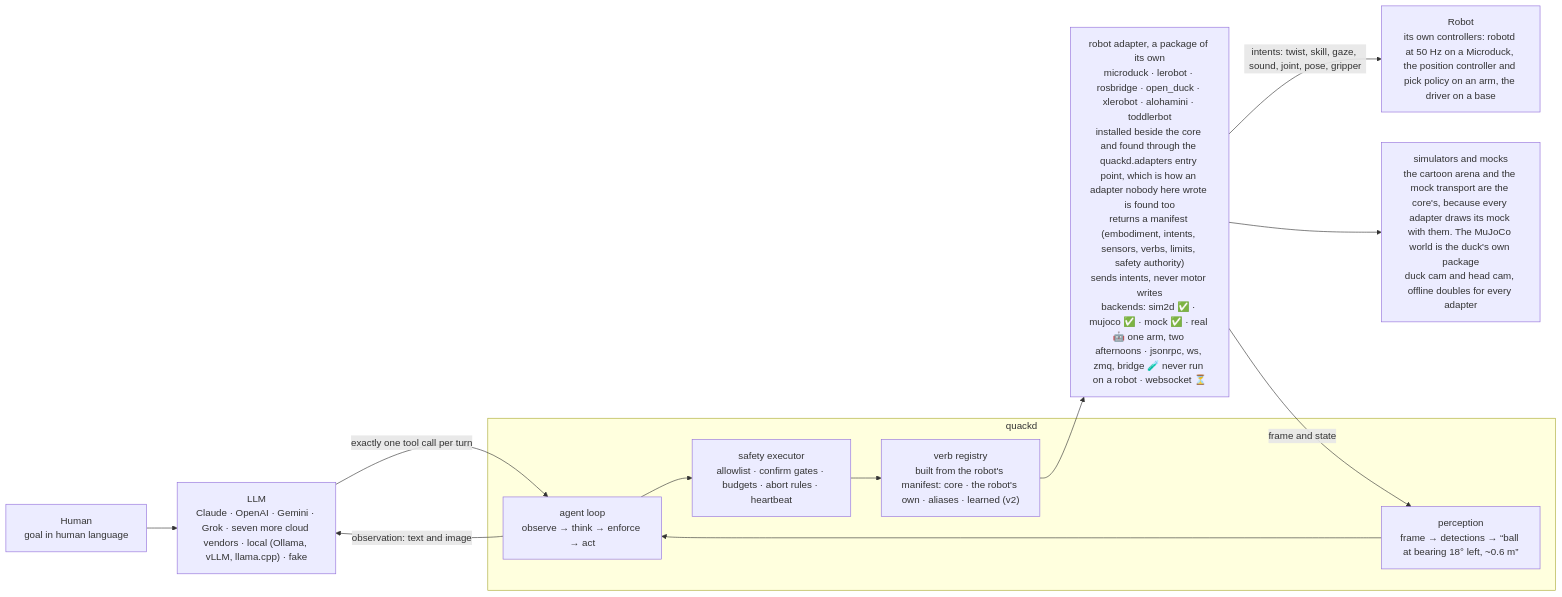
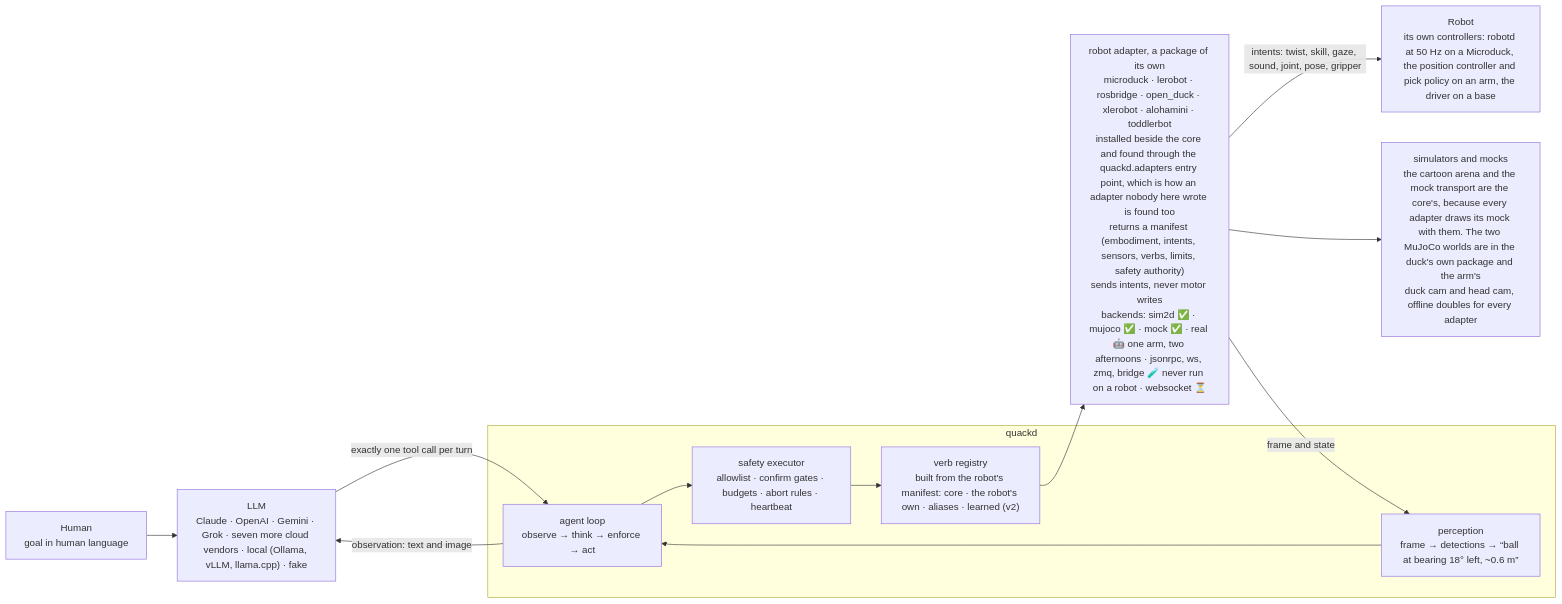
The second of 2 diagrams in README.md (mantoumaster/quackd), drawn with Mermaid before and after one commit. The commit also changed other lines of this file and 29 other files, not shown here.

````diff
--- a/README.md
+++ b/README.md
@@ -512,21 +522,21 @@
 ```mermaid
 flowchart LR
     HUMAN["Human<br/>goal in human language"]
     LLM["LLM<br/>Claude · OpenAI · Gemini · Grok · seven more cloud vendors · local (Ollama, vLLM, llama.cpp) · fake"]
     subgraph quackd
         LOOP["agent loop<br/>observe → think → enforce → act"]
         EXEC["safety executor<br/>allowlist · confirm gates · budgets · abort rules · heartbeat"]
         VERBS["verb registry<br/>built from the robot's manifest: core · the robot's own · aliases · learned (v2)"]
         PERC["perception<br/>frame → detections → “ball at bearing 18° left, ~0.6 m”"]
     end
     ADAPTER["robot adapter, a package of its own<br/>microduck · lerobot · rosbridge · open_duck · xlerobot · alohamini · toddlerbot<br/>installed beside the core and found through the quackd.adapters entry point, which is how an adapter nobody here wrote is found too<br/>returns a manifest (embodiment, intents, sensors, verbs, limits, safety authority)<br/>sends intents, never motor writes<br/>backends: sim2d ✅ · mujoco ✅ · mock ✅ · real 🤖 one arm, two afternoons · jsonrpc, ws, zmq, bridge 🧪 never run on a robot · websocket ⏳"]
     ROBOT["Robot<br/>its own controllers: robotd at 50 Hz on a Microduck, the position controller and pick policy on an arm, the driver on a base"]
-    SIM["simulators and mocks<br/>the cartoon arena and the mock transport are the core's, because every adapter draws its mock with them. The MuJoCo world is the duck's own package<br/>duck cam and head cam, offline doubles for every adapter"]
+    SIM["simulators and mocks<br/>the cartoon arena and the mock transport are the core's, because every adapter draws its mock with them. The two MuJoCo worlds are in the duck's own package and the arm's<br/>duck cam and head cam, offline doubles for every adapter"]
     HUMAN --> LLM
     LLM -- "exactly one tool call per turn" --> LOOP
     LOOP --> EXEC --> VERBS --> ADAPTER
     ADAPTER -- "intents: twist, skill, gaze, sound, joint, pose, gripper" --> ROBOT
     ADAPTER --> SIM
     ADAPTER -- "frame and state" --> PERC --> LOOP
     LOOP -- "observation: text and image" --> LLM
 ```
````
